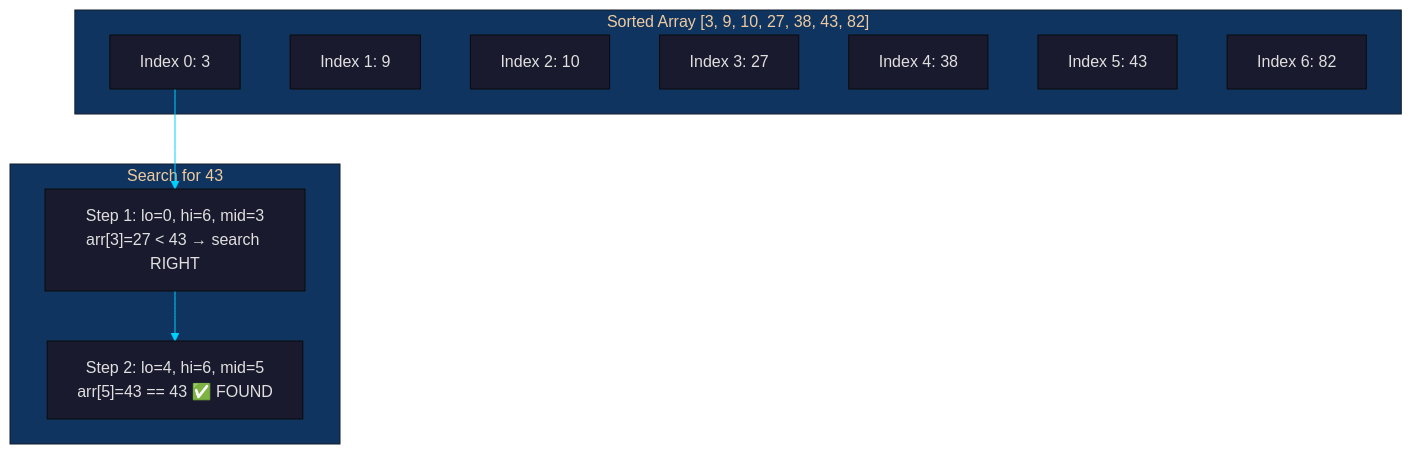
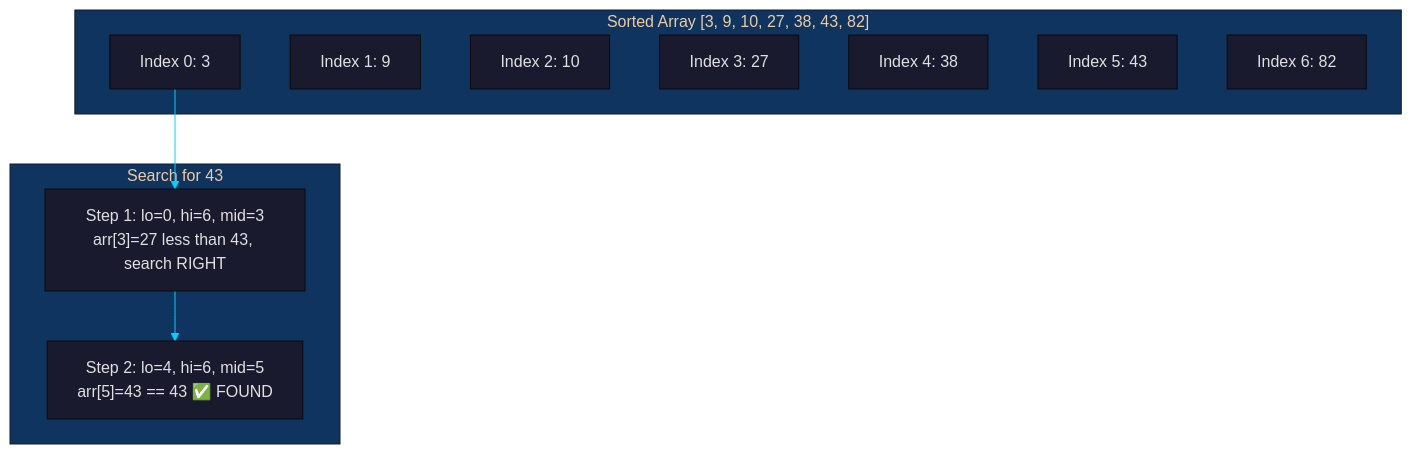
The second of 4 diagrams in Person 3 - Algorithms Lead/README.md (jacksonvincent012-web/DSA-CH23-GROUP-01), drawn with Mermaid before and after one commit. The commit also changed 1 other file, not shown here.

Commit message:
fix: mermaid syntax errors in sequence diagrams — replace br tags and angle brackets in message text

````diff
--- a/Person 3 - Algorithms Lead/README.md
+++ b/Person 3 - Algorithms Lead/README.md
@@ -137,18 +137,18 @@
 ```mermaid
 %%{init: {'theme': 'base', 'themeVariables': { 'primaryColor': '#1a1a2e', 'primaryTextColor': '#e0e0e0', 'lineColor': '#00d2ff', 'secondaryColor': '#16213e', 'tertiaryColor': '#0f3460'}}}%%
 flowchart TB
     subgraph Array["Sorted Array [3, 9, 10, 27, 38, 43, 82]"]
         A0["Index 0: 3"]
         A1["Index 1: 9"]
         A2["Index 2: 10"]
         A3["Index 3: 27"]
         A4["Index 4: 38"]
         A5["Index 5: 43"]
         A6["Index 6: 82"]
     end
     subgraph Search["Search for 43"]
-        S1["Step 1: lo=0, hi=6, mid=3<br/>arr[3]=27 < 43 → search RIGHT"]
+        S1["Step 1: lo=0, hi=6, mid=3<br/>arr[3]=27 less than 43, search RIGHT"]
         S2["Step 2: lo=4, hi=6, mid=5<br/>arr[5]=43 == 43 ✅ FOUND"]
     end
     A0 --> S1 --> S2
 ```
````
